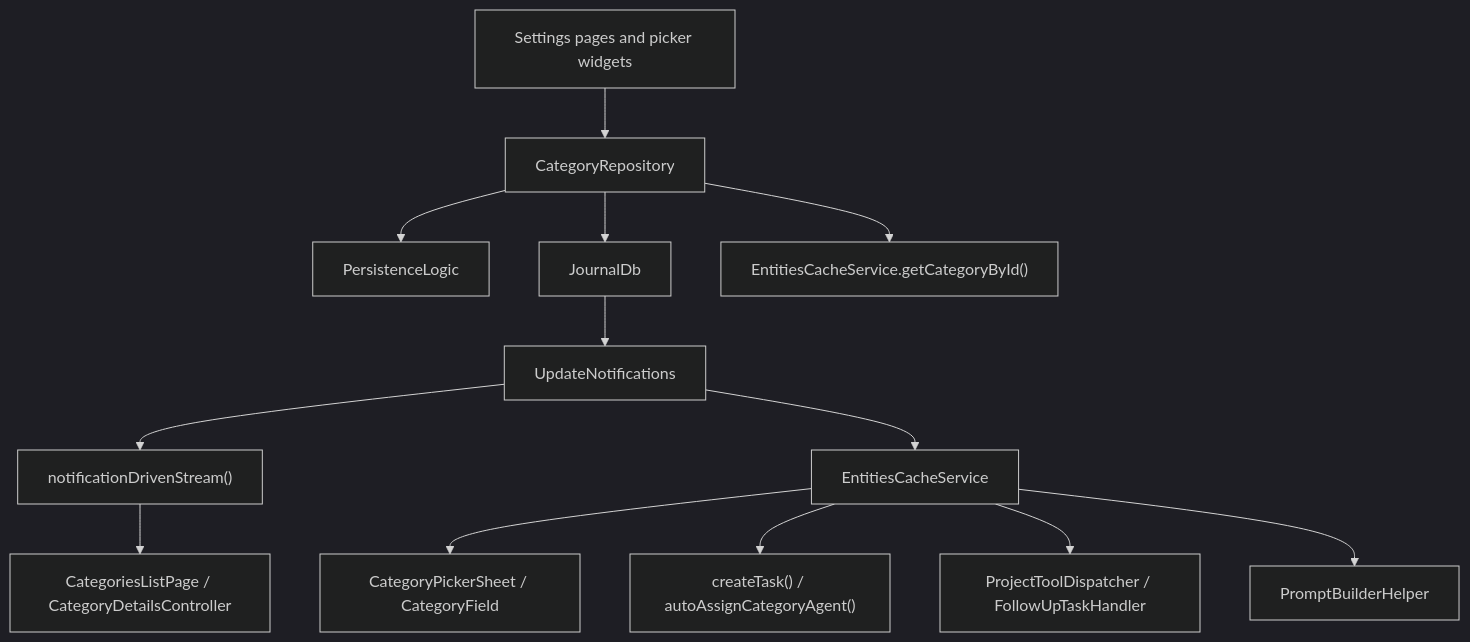
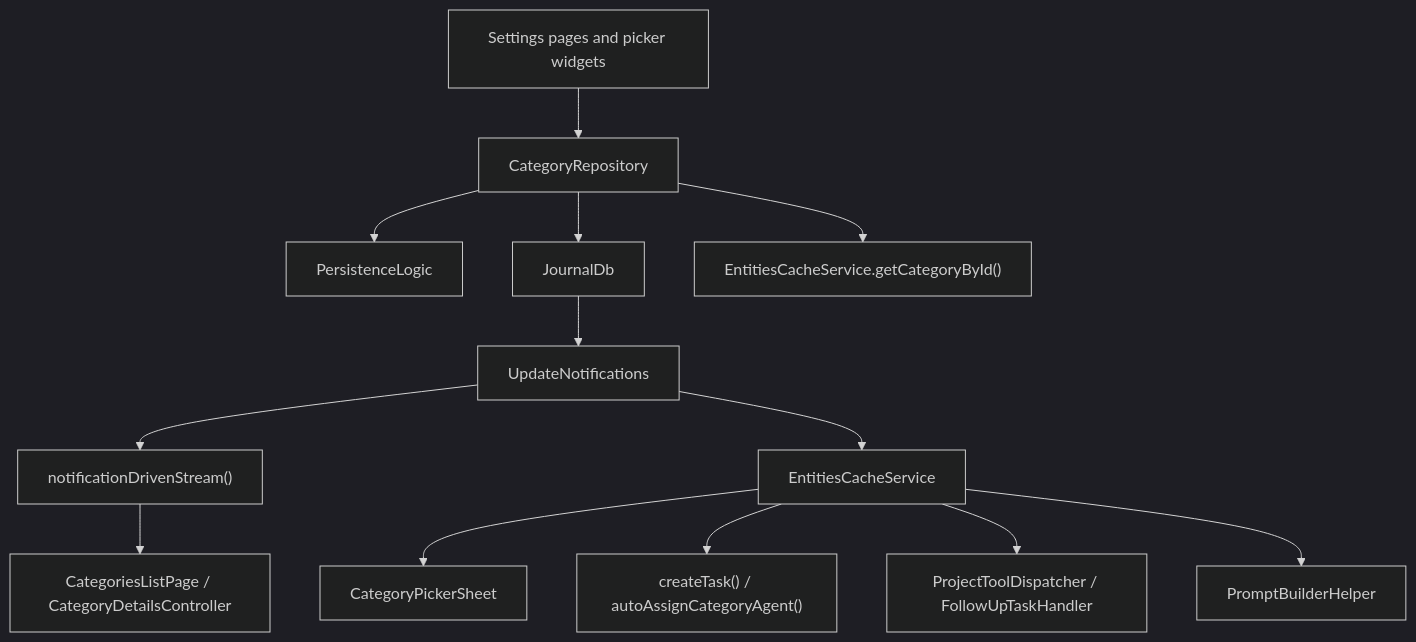
One commit to matthiasn/lotti changed the first of 2 diagrams in knowledge/features/categories.md. Above: the diagram before and after it, drawn with Mermaid (dark theme). The commit also changed other lines of this file and 39 other files, not shown here.

````diff
--- a/knowledge/features/categories.md
+++ b/knowledge/features/categories.md
@@ -27,17 +27,17 @@
 ```mermaid
 flowchart TD
   UI["Settings pages and picker widgets"] --> Repo["CategoryRepository"]
   Repo --> Persist["PersistenceLogic"]
   Repo --> DB["JournalDb"]
   Repo --> CacheRead["EntitiesCacheService.getCategoryById()"]
 
   Notify["UpdateNotifications"] --> RepoStreams["notificationDrivenStream()"]
   Notify --> Cache["EntitiesCacheService"]
   DB --> Notify
 
   RepoStreams --> List["CategoriesListPage / CategoryDetailsController"]
-  Cache --> Pickers["CategoryPickerSheet / CategoryField"]
+  Cache --> Pickers["CategoryPickerSheet"]
   Cache --> Create["createTask() / autoAssignCategoryAgent()"]
   Cache --> ProjectTools["ProjectToolDispatcher / FollowUpTaskHandler"]
   Cache --> Prompts["PromptBuilderHelper"]
 ```
````
